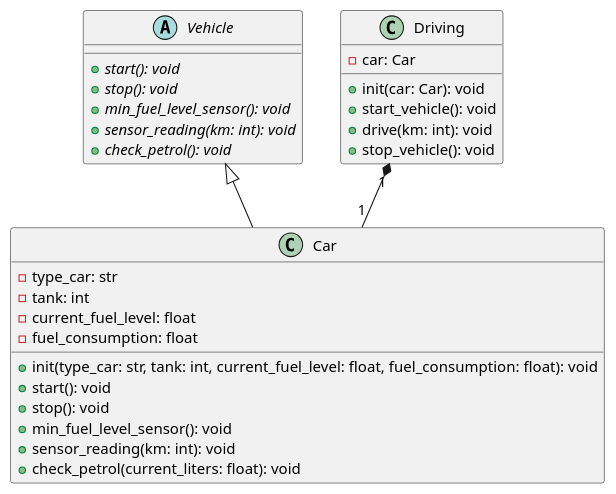
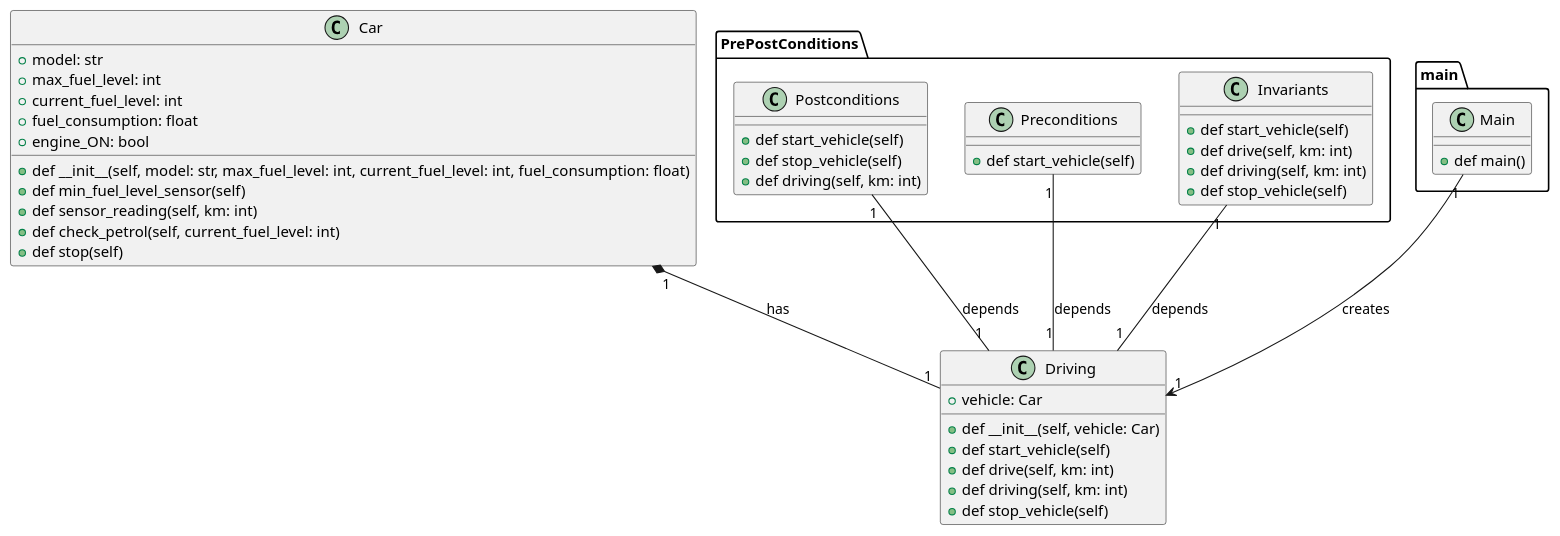
One commit to EnvyG29/SoftwareArchitecture changed the diagram in dz4_contracts/files/CAR.puml. Above: the diagram before and after it, drawn with PlantUML. The commit also changed 1 other file, not shown here.

```diff
--- a/dz4_contracts/files/CAR.puml
+++ b/dz4_contracts/files/CAR.puml
@@ -1,36 +1,59 @@
 @startuml
 
-abstract class Vehicle {
-    {abstract} +start(): void
-    {abstract} +stop(): void
-    {abstract} +min_fuel_level_sensor(): void
-    {abstract} +sensor_reading(km: int): void
-    {abstract} +check_petrol(): void
-}
-
 class Car {
-    -type_car: str
-    -tank: int
-    -current_fuel_level: float
-    -fuel_consumption: float
-
-    +init(type_car: str, tank: int, current_fuel_level: float, fuel_consumption: float): void
-    +start(): void
-    +stop(): void
-    +min_fuel_level_sensor(): void
-    +sensor_reading(km: int): void
-    +check_petrol(current_liters: float): void
+    + model: str
+    + max_fuel_level: int
+    + current_fuel_level: int
+    + fuel_consumption: float
+    + engine_ON: bool
+    + def __init__(self, model: str, max_fuel_level: int, current_fuel_level: int, fuel_consumption: float)
+    + def min_fuel_level_sensor(self)
+    + def sensor_reading(self, km: int)
+    + def check_petrol(self, current_fuel_level: int)
+    + def stop(self)
 }
 
 class Driving {
-    -car: Car
-
-    +init(car: Car): void
-    +start_vehicle(): void
-    +drive(km: int): void
-    +stop_vehicle(): void
+    + vehicle: Car
+    + def __init__(self, vehicle: Car)
+    + def start_vehicle(self)
+    + def drive(self, km: int)
+    + def driving(self, km: int)
+    + def stop_vehicle(self)
 }
 
-Vehicle <|-- Car
-Driving "1" *-- "1" Car
+Car "1" *-- "1" Driving : has
+
+namespace main {
+    class Main {
+        + def main()
+    }
+}
+
+Main "1" --> "1" Driving : creates
+
+namespace PrePostConditions {
+
+    class Preconditions {
+        + def start_vehicle(self)
+    }
+
+    class Postconditions {
+        + def start_vehicle(self)
+        + def stop_vehicle(self)
+        + def driving(self, km: int)
+    }
+
+    class Invariants {
+        + def start_vehicle(self)
+        + def drive(self, km: int)
+        + def driving(self, km: int)
+        + def stop_vehicle(self)
+    }
+
+    Preconditions "1" -- "1" Driving : depends
+    Driving "1" -- "1" Postconditions : depends
+    Invariants "1" -- "1" Driving : depends
+}
+
 @enduml
```
